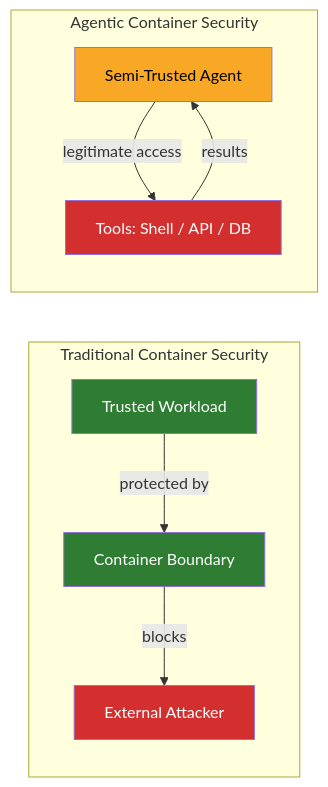
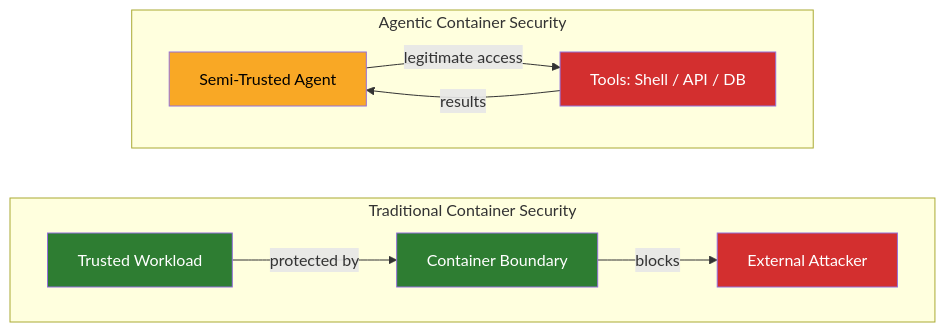
One commit to bdauer/working-with-machines changed the first of 3 diagrams in security-gaps.md. Above: the diagram before and after it, drawn with Mermaid. The commit also changed 9 other files, not shown here.

First line of the commit message:
Second review pass: voice-calibrated fixes, diagram layout, skill refinement

````diff
--- a/security-gaps.md
+++ b/security-gaps.md
@@ -16,18 +16,18 @@
 ```mermaid
 flowchart LR
     subgraph Traditional["Traditional Container Security"]
-        direction TB
+        direction LR
         A3[Trusted Workload]:::safe -->|"protected by"| A2[Container Boundary]:::safe
         A2 -->|"blocks"| A1[External Attacker]:::threat
     end
 
     subgraph Agentic["Agentic Container Security"]
-        direction TB
+        direction LR
         B1[Semi-Trusted Agent]:::warning -->|"legitimate access"| B2[Tools: Shell / API / DB]:::threat
         B2 -->|"results"| B1
     end
 
     classDef threat fill:#d32f2f,color:#fff
     classDef safe fill:#2e7d32,color:#fff
     classDef warning fill:#f9a825,color:#000
 ```
````
